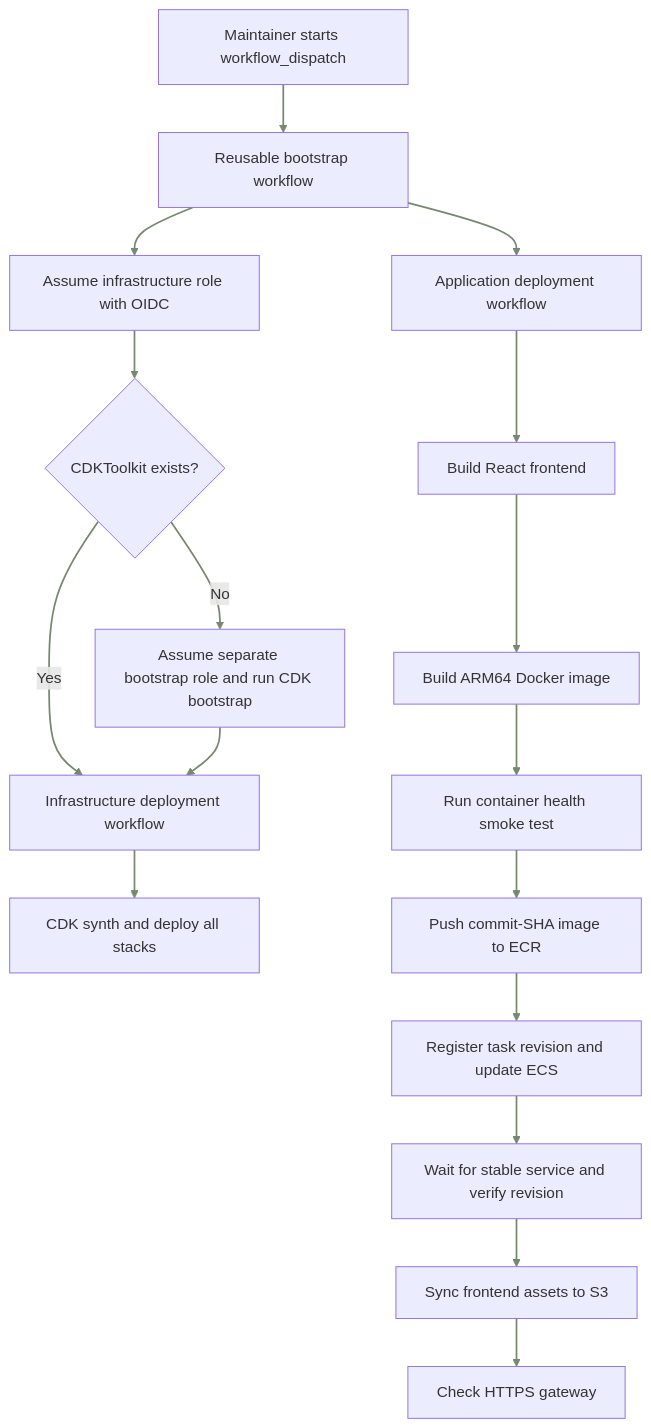
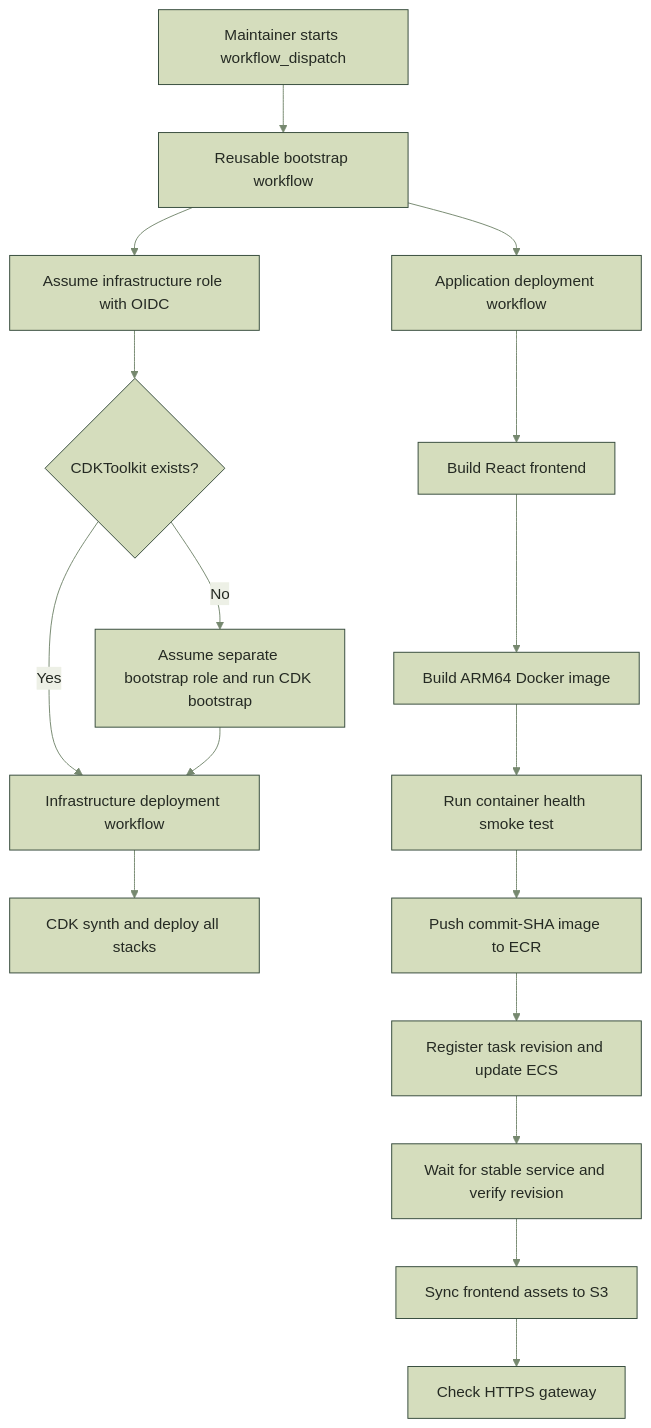
One commit to SwekcchaCornicle/apnasathi-ai changed diagram 15 of 15 in README.md. Above: the diagram before and after it, drawn with Mermaid. The commit also changed other lines of this file and 2 other files, not shown here.

````diff
--- a/README.md
+++ b/README.md
@@ -1707,39 +1595,27 @@
 ```mermaid
+  %%{init: {"theme":"base","themeVariables":{"primaryColor":"#D5DDBD","primaryTextColor":"#252A23","primaryBorderColor":"#354A3B","lineColor":"#76886F","secondaryColor":"#EDF0E6","tertiaryColor":"#F2E4D2","background":"#FBFAF7","fontFamily":"Inter, Arial"}}}%%
 flowchart TD
-  classDef forest fill:#354a3b,stroke:#354a3b,color:#fbfaf7,stroke-width:2px;
-  classDef green fill:#405a46,stroke:#354a3b,color:#fbfaf7,stroke-width:1.8px;
-  classDef sage fill:#d5ddbd,stroke:#76886f,color:#252a23,stroke-width:1.5px;
-  classDef pale fill:#edf0e6,stroke:#647a63,color:#252a23,stroke-width:1.5px;
-  classDef sand fill:#f2e4d2,stroke:#d5a874,color:#252a23,stroke-width:1.5px;
-  classDef paper fill:#fbfaf7,stroke:#9a9a8f,color:#252a23,stroke-width:1.3px;
-  classDef external fill:#f2f1ed,stroke:#b5b4a9,color:#252a23,stroke-width:1.3px;
-  linkStyle default stroke:#76886f,stroke-width:1.8px;
-  class BUILD forest;
-  class CHECK,EXISTS,BOOTSTRAP,INFRA,SYNTH,ECS,GATEWAY green;
-  class START,SMOKE,STABLE sage;
-  class PUSH,SITE pale;
-  class BOOT,APP,IMAGE paper;
     START[Maintainer starts workflow_dispatch]
     BOOT[Reusable bootstrap workflow]
     CHECK[Assume infrastructure role with OIDC]
     EXISTS{CDKToolkit exists?}
     BOOTSTRAP[Assume separate bootstrap role and run CDK bootstrap]
     INFRA[Infrastructure deployment workflow]
     APP[Application deployment workflow]
     SYNTH[CDK synth and deploy all stacks]
     BUILD[Build React frontend]
     IMAGE[Build ARM64 Docker image]
     SMOKE[Run container health smoke test]
     PUSH[Push commit-SHA image to ECR]
     ECS[Register task revision and update ECS]
     STABLE[Wait for stable service and verify revision]
     SITE[Sync frontend assets to S3]
     GATEWAY[Check HTTPS gateway]
     START --> BOOT --> CHECK --> EXISTS
     EXISTS -->|No| BOOTSTRAP
     EXISTS -->|Yes| INFRA
     BOOTSTRAP --> INFRA
     INFRA --> SYNTH
     BOOT --> APP
     APP --> BUILD --> IMAGE --> SMOKE --> PUSH --> ECS --> STABLE --> SITE --> GATEWAY
 ```
````
